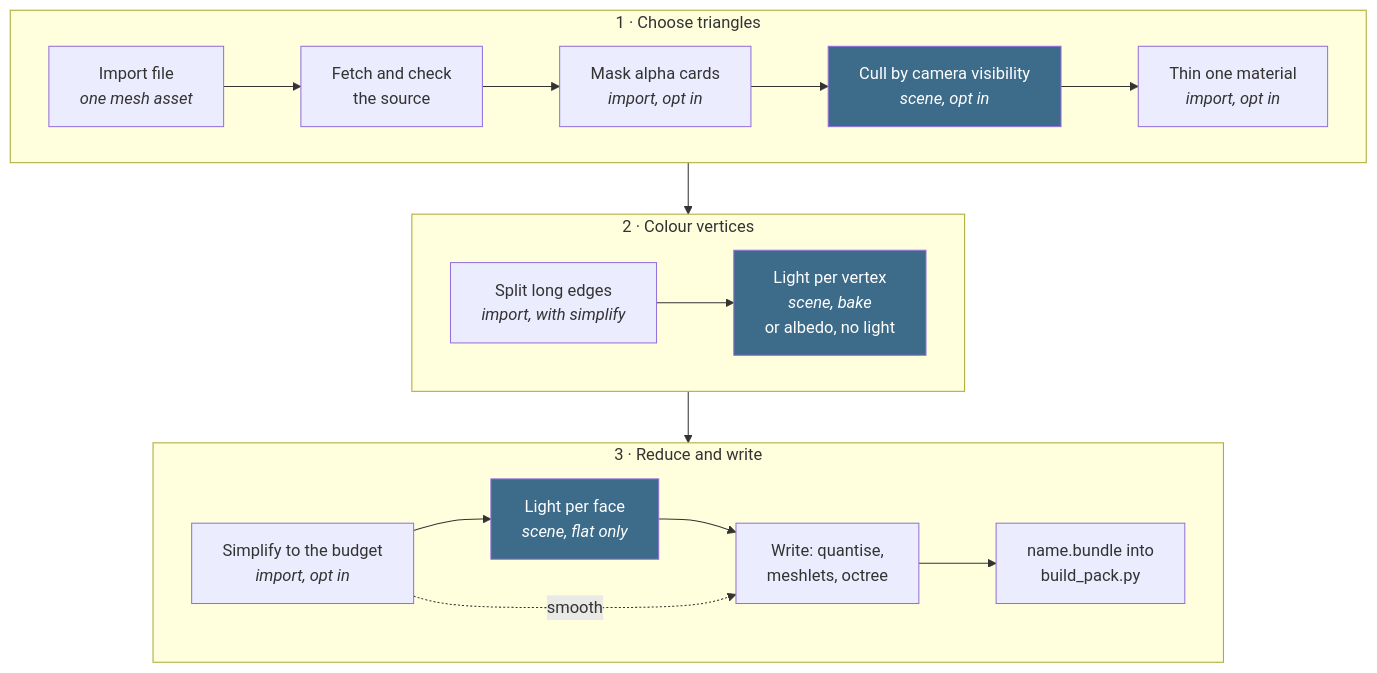
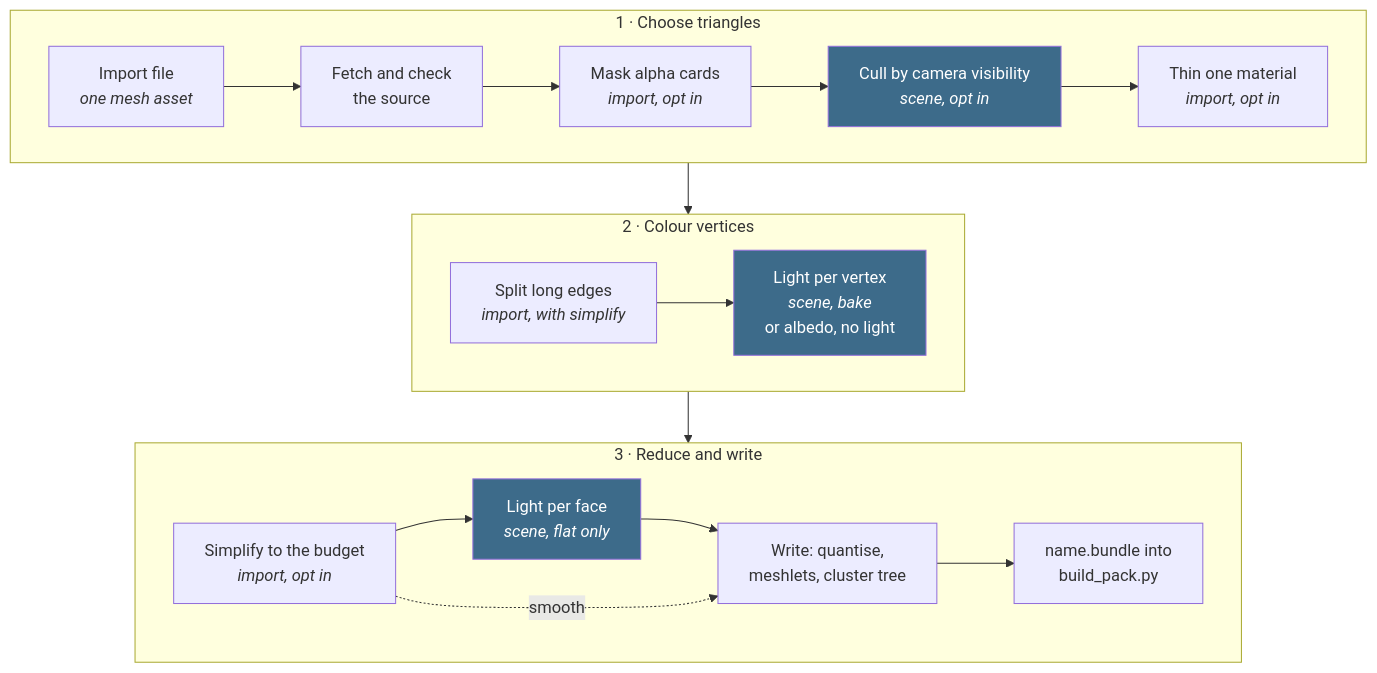
Before and after one commit to jose-villegas/autana: the first of 3 diagrams in docs/render/offline/Mesh-Import.md, drawn with Mermaid. The commit also changed other lines of this file and 10 other files, not shown here.

Commit message:
r3d: the cluster tree's docs and citation, and the writer refuses a tree deeper than the runtime walks (autana-y6tv1)

````diff
--- a/docs/render/offline/Mesh-Import.md
+++ b/docs/render/offline/Mesh-Import.md
@@ -8,19 +8,19 @@
 ```mermaid
 flowchart TB
     subgraph Cut["1 · Choose triangles"]
     direction LR
     Import["Import file<br/><i>one mesh asset</i>"] --> Fetch["Fetch and check<br/>the source"] --> Mask["Mask alpha cards<br/><i>import, opt in</i>"] --> Vis["Cull by camera visibility<br/><i>scene, opt in</i>"] --> Thin["Thin one material<br/><i>import, opt in</i>"]
     end
     subgraph Light["2 · Colour vertices"]
     direction LR
     Dense["Split long edges<br/><i>import, with simplify</i>"] --> Lit["Light per vertex<br/><i>scene, bake</i><br/>or albedo, no light"]
     end
     subgraph Finish["3 · Reduce and write"]
     direction LR
-    Simp["Simplify to the budget<br/><i>import, opt in</i>"] --> Face["Light per face<br/><i>scene, flat only</i>"] --> Write["Write: quantise,<br/>meshlets, octree"] --> Pack["name.bundle into<br/>build_pack.py"]
+    Simp["Simplify to the budget<br/><i>import, opt in</i>"] --> Face["Light per face<br/><i>scene, flat only</i>"] --> Write["Write: quantise,<br/>meshlets, cluster tree"] --> Pack["name.bundle into<br/>build_pack.py"]
     Simp -. smooth .-> Write
     end
     Cut --> Light --> Finish
     classDef scene fill:#3d6b8a,color:#fff
     class Vis,Lit,Face scene
 ```
````
